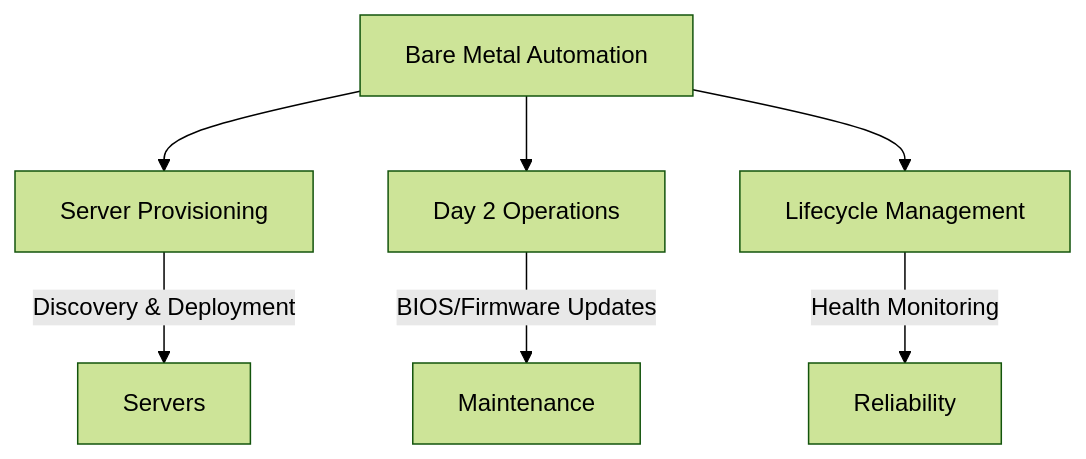
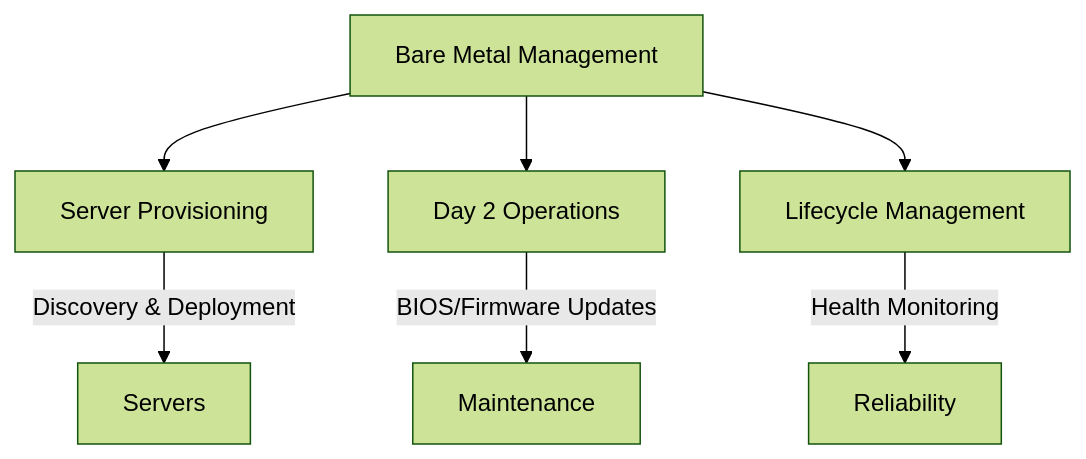
The second of 3 diagrams in docs/overview/index.md (ironcore-dev/ironcore-dev.github.io), drawn with Mermaid (forest theme) before and after one commit. The commit also changed other lines of this file and 8 other files, not shown here.

````diff
--- a/docs/overview/index.md
+++ b/docs/overview/index.md
@@ -28,12 +45,12 @@
 ```mermaid
 graph TD
-    A["Bare Metal Automation"] 
+    A["Bare Metal Management"] 
         
     A --> G[Server Provisioning]
     A --> H[Day 2 Operations]
     A --> I[Lifecycle Management]
      
     G -->|Discovery & Deployment| M[Servers]
     H -->|BIOS/Firmware Updates| N[Maintenance]
     I -->|Health Monitoring| O[Reliability]
 ```
````
